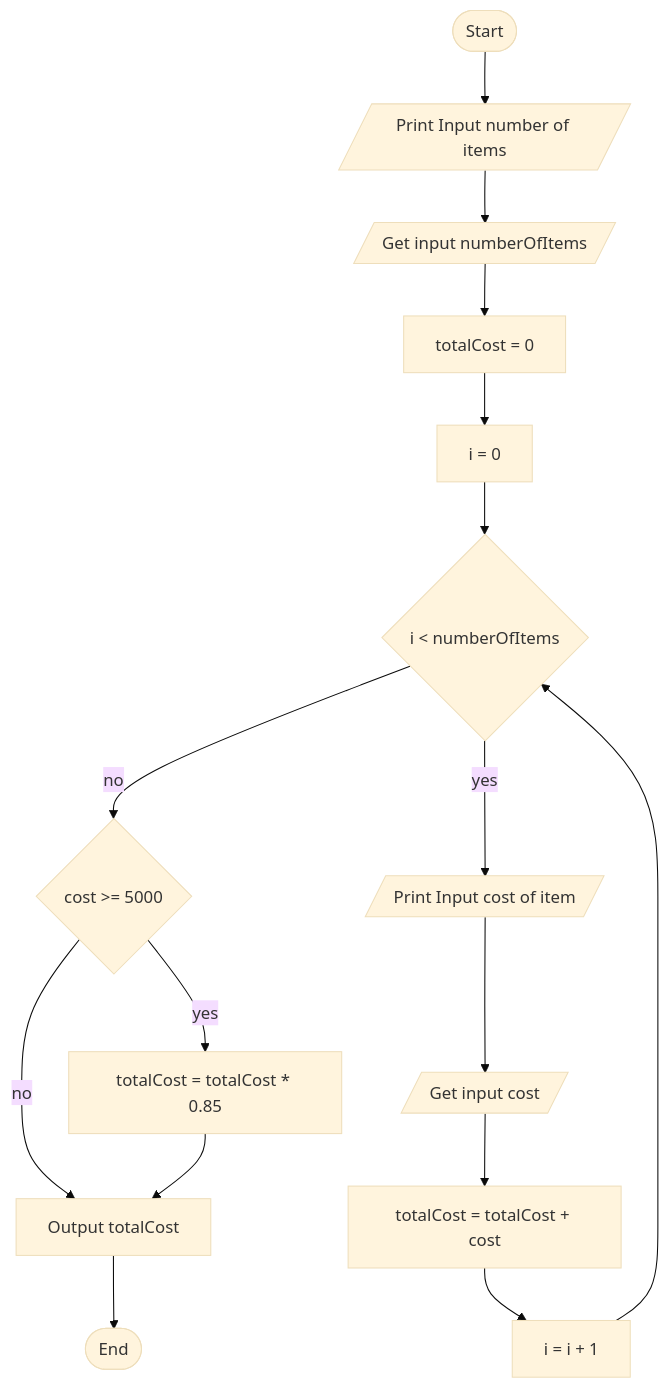
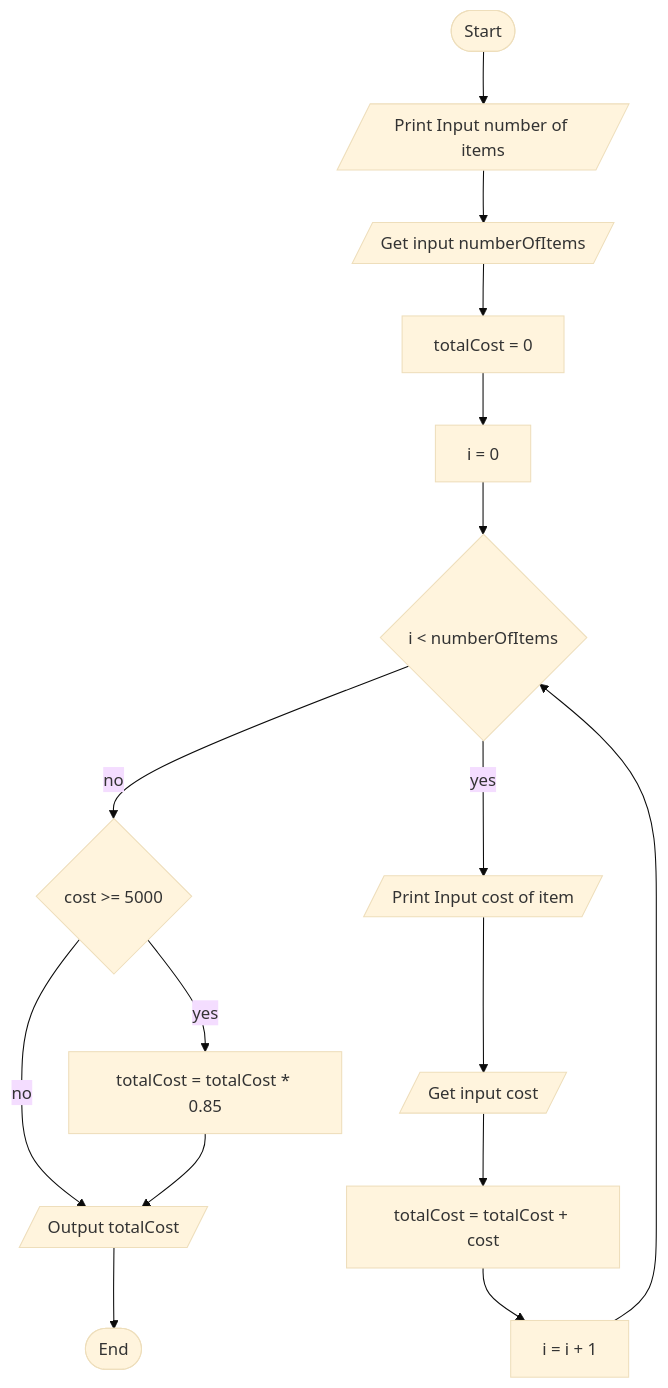
Before and after one commit to AntonHallgren/Lexicon-Workshop-2-Algorithm-and-Flowchart: diagram 14 of 15 in README.md, drawn with Mermaid (base theme). The commit also changed other lines of this file, not shown here.

````diff
--- a/README.md
+++ b/README.md
@@ -488,23 +488,23 @@
 ```mermaid
 flowchart TD
 start([Start]) -->
 aksNumber[/Print Input number of items/] -->
 inputNumber[/Get input numberOfItems/] -->
 initTotalCost[totalCost = 0]-->
 initCounter[i = 0] -->
 loop{i < numberOfItems} -- no -->
 check{cost >= 5000} -- no -->
-output[Output totalCost] -->
+output[/Output totalCost/] -->
 END([End])
 
 loop -- yes -->
 askCost[/Print Input cost of item/] -->
 inputCost[/Get input cost/] -->
 addCost[totalCost = totalCost + cost] -->
 increment[i = i + 1] -->
 loop
 
 check -- yes -->
 discount[totalCost = totalCost * 0.85] -->
 output
 ```
````
